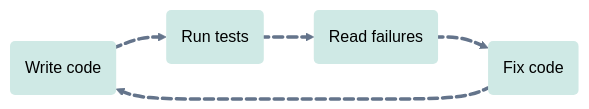
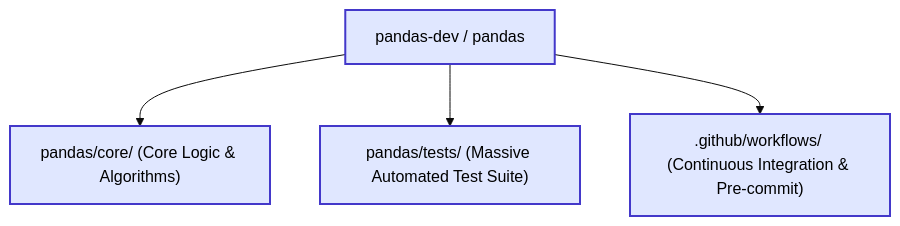
One commit to oist/gecs changed the first of 3 diagrams in sessions/testing.qmd. Above: the diagram before and after it, drawn with Mermaid. The commit also changed other lines of this file, not shown here.

Commit message:
docs: rewrite session 3 as Code Quality and Testing with TDD and Zipf analysis

````diff
--- a/sessions/testing.qmd
+++ b/sessions/testing.qmd
@@ -14,13 +27,9 @@
 ```{mermaid}
-%%{init: {"flowchart": {"curve": "basis"}, "theme": "base", "themeVariables": {"primaryColor": "#dbeafe", "primaryBorderColor": "#2563eb", "lineColor": "#64748b", "fontFamily": "Arial"}}}%%
-flowchart LR
-    A(Write code):::step edge1@==> B(Run tests):::step
-    edge1@{ animate: slow }
-    B edge2@==> C(Read failures):::step
-    edge2@{ animate: slow }
-    C edge3@==> D(Fix code):::step
-    edge3@{ animate: slow }
-    D edge4@==> A
-    edge4@{ animate: slow }
-    classDef step fill:#cfe9e5,stroke:transparent,color:#000
+%%{init: {"theme": "base", "themeVariables": {"fontFamily": "Arial"}}}%%
+flowchart TD
+    Repo["pandas-dev / pandas"] --> Core["pandas/core/ (Core Logic & Algorithms)"]
+    Repo --> Tests["pandas/tests/ (Massive Automated Test Suite)"]
+    Repo --> CI[".github/workflows/ (Continuous Integration & Pre-commit)"]
+    classDef dir fill:#e0e7ff,stroke:#4338ca,stroke-width:2px,color:#000
+    class Repo,Core,Tests,CI dir
 ```
````
